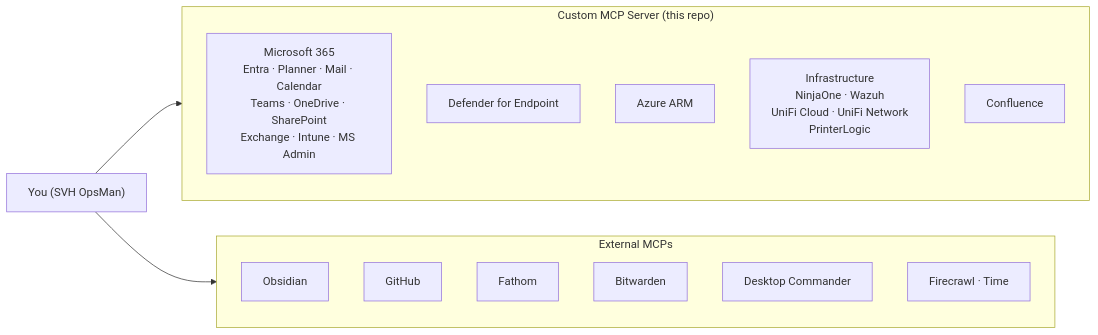
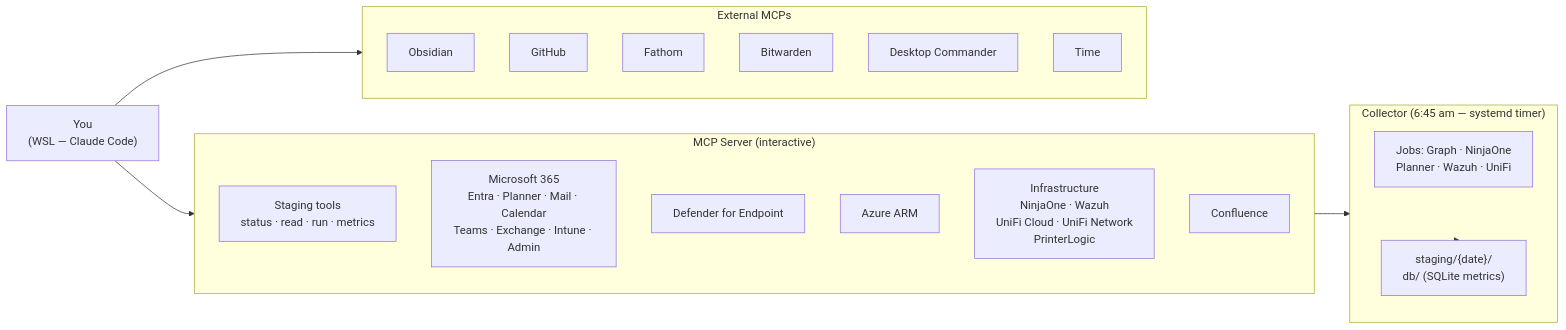
Before and after one commit to aarvens1/SVH-OpsMan: the diagram in README.md, drawn with Mermaid. The commit also changed other lines of this file and 2 other files, not shown here.

First line of the commit message:
docs: rewrite README, USER_GUIDE, and roadmap for two-service architecture

````diff
--- a/README.md
+++ b/README.md
@@ -19,25 +21,34 @@
 ```mermaid
 graph LR
-    You["You (SVH OpsMan)"]
+    You["You\n(WSL — Claude Code)"]
 
-    subgraph Custom["Custom MCP Server (this repo)"]
+    subgraph MCP["MCP Server (interactive)"]
         direction TB
-        MS["Microsoft 365\nEntra · Planner · Mail · Calendar\nTeams · OneDrive · SharePoint\nExchange · Intune · MS Admin"]
+        ST["Staging tools\nstatus · read · run · metrics"]
+        MS["Microsoft 365\nEntra · Planner · Mail · Calendar\nTeams · Exchange · Intune · Admin"]
         MDE["Defender for Endpoint"]
         AZ["Azure ARM"]
         INFRA["Infrastructure\nNinjaOne · Wazuh\nUniFi Cloud · UniFi Network\nPrinterLogic"]
         CONF["Confluence"]
+    end
+
+    subgraph Collector["Collector (6:45 am — systemd timer)"]
+        direction TB
+        JOBS["Jobs: Graph · NinjaOne\nPlanner · Wazuh · UniFi"]
+        OUT["staging/{date}/\ndb/ (SQLite metrics)"]
     end
 
     subgraph External["External MCPs"]
         OBS["Obsidian"]
         GH["GitHub"]
         FATHOM["Fathom"]
         BW["Bitwarden"]
         DC["Desktop Commander"]
-        OTHER["Firecrawl · Time"]
+        TIME["Time"]
     end
 
-    You --> Custom
+    You --> MCP
     You --> External
+    Collector --> OUT
+    ST --> OUT
 ```
````
